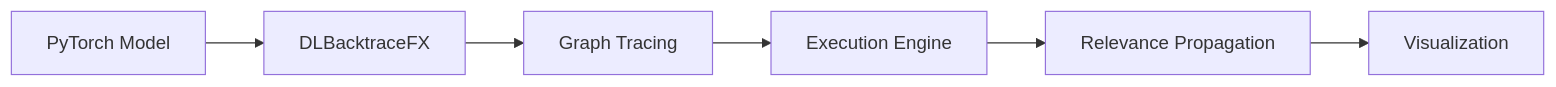
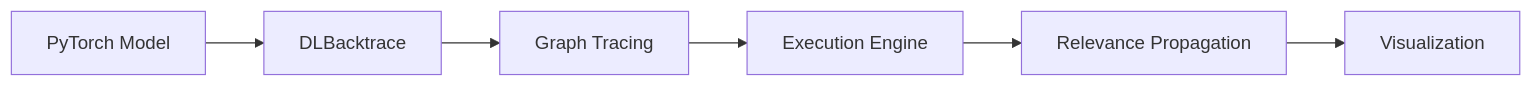
The diagram in docs/guide/pytorch/overview.md (Lexsi-Labs/DLBacktrace), drawn with Mermaid before and after one commit. The commit also changed other lines of this file and 27 other files, not shown here.

````diff
--- a/docs/guide/pytorch/overview.md
+++ b/docs/guide/pytorch/overview.md
@@ -11,8 +11,8 @@
 ```mermaid
 graph LR
-    A[PyTorch Model] --> B[DLBacktraceFX]
+    A[PyTorch Model] --> B[DLBacktrace]
     B --> C[Graph Tracing]
     C --> D[Execution Engine]
     D --> E[Relevance Propagation]
     E --> F[Visualization]
 ```
````
